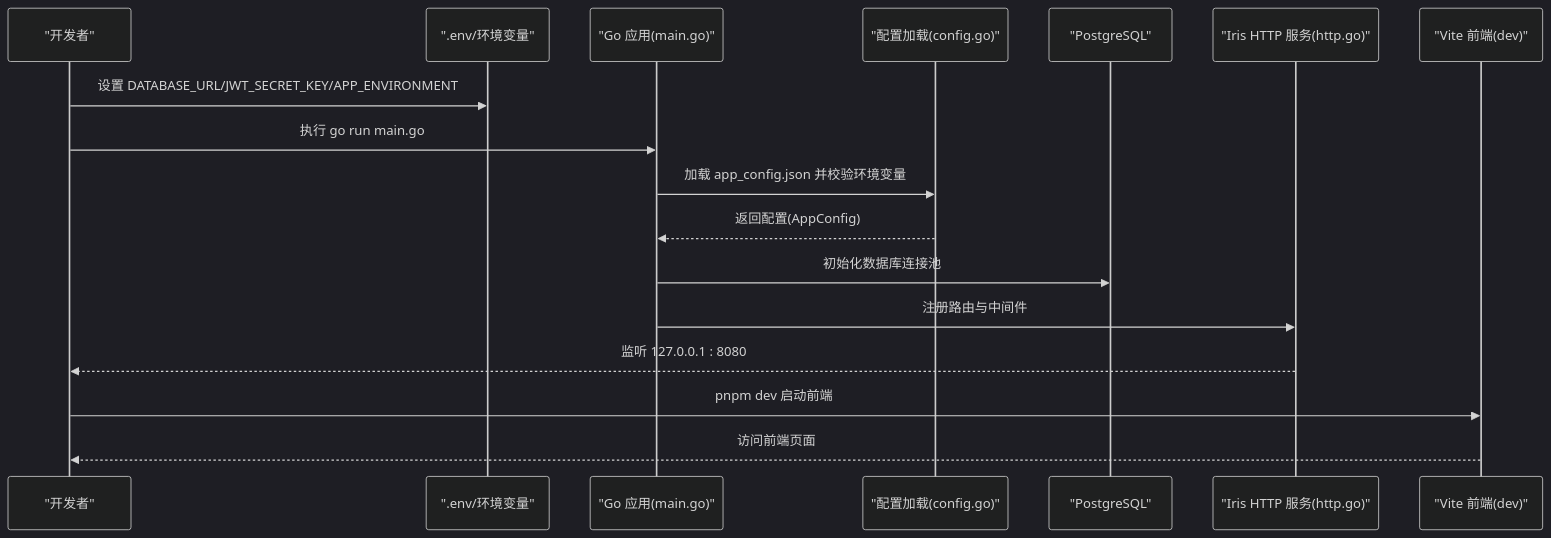
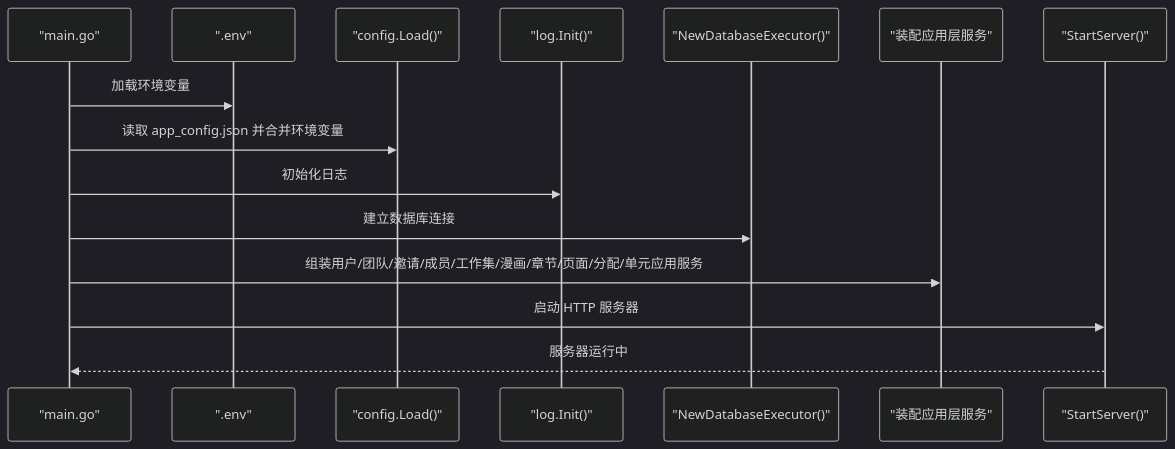
The third of 5 diagrams in .qoder/repowiki/zh/content/快速开始.md (ATOMLubover/poprako), drawn with Mermaid (dark theme) before and after one commit. The commit also changed other lines of this file and 132 other files, not shown here.

````diff
--- a/.qoder/repowiki/zh/content/快速开始.md
+++ b/.qoder/repowiki/zh/content/快速开始.md
@@ -110,19 +116,17 @@
 ```mermaid
 sequenceDiagram
-participant Dev as "开发者"
-participant Env as ".env/环境变量"
-participant Go as "Go 应用(main.go)"
-participant Cfg as "配置加载(config.go)"
-participant DB as "PostgreSQL"
-participant HTTP as "Iris HTTP 服务(http.go)"
-participant FE as "Vite 前端(dev)"
-Dev->>Env : 设置 DATABASE_URL/JWT_SECRET_KEY/APP_ENVIRONMENT
-Dev->>Go : 执行 go run main.go
-Go->>Cfg : 加载 app_config.json 并校验环境变量
-Cfg-->>Go : 返回配置(AppConfig)
-Go->>DB : 初始化数据库连接池
-Go->>HTTP : 注册路由与中间件
-HTTP-->>Dev : 监听 127.0.0.1 : 8080
-Dev->>FE : pnpm dev 启动前端
-FE-->>Dev : 访问前端页面
+participant Entrypoint as "main.go"
+participant Env as ".env"
+participant Cfg as "config.Load()"
+participant Log as "log.Init()"
+participant DB as "NewDatabaseExecutor()"
+participant App as "装配应用层服务"
+participant Http as "StartServer()"
+Entrypoint->>Env : 加载环境变量
+Entrypoint->>Cfg : 读取 app_config.json 并合并环境变量
+Entrypoint->>Log : 初始化日志
+Entrypoint->>DB : 建立数据库连接
+Entrypoint->>App : 组装用户/团队/邀请/成员/工作集/漫画/章节/页面/分配/单元应用服务
+Entrypoint->>Http : 启动 HTTP 服务器
+Http-->>Entrypoint : 服务器运行中
 ```
````
